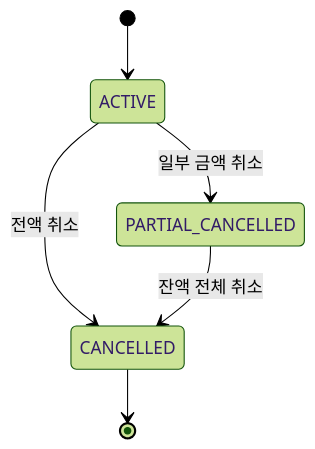
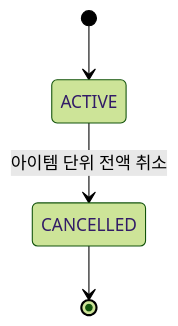
Before and after one commit to lsc713/docswithmulti: the second of 7 diagrams in sysdesign/detail/data-design.md, drawn with Mermaid (forest theme). The commit also changed other lines of this file and 2 other files, not shown here.

First line of the commit message:
docs: 결제 취소 플로우 및 데이터 설계 문서 수정

````diff
--- a/sysdesign/detail/data-design.md
+++ b/sysdesign/detail/data-design.md
@@ -17,8 +17,6 @@
 ```mermaid
 stateDiagram-v2
   [*] --> ACTIVE
-  ACTIVE --> PARTIAL_CANCELLED : 일부 금액 취소
-  ACTIVE --> CANCELLED : 전액 취소
-  PARTIAL_CANCELLED --> CANCELLED : 잔액 전체 취소
+  ACTIVE --> CANCELLED : 아이템 단위 전액 취소
   CANCELLED --> [*]
 ```
````
